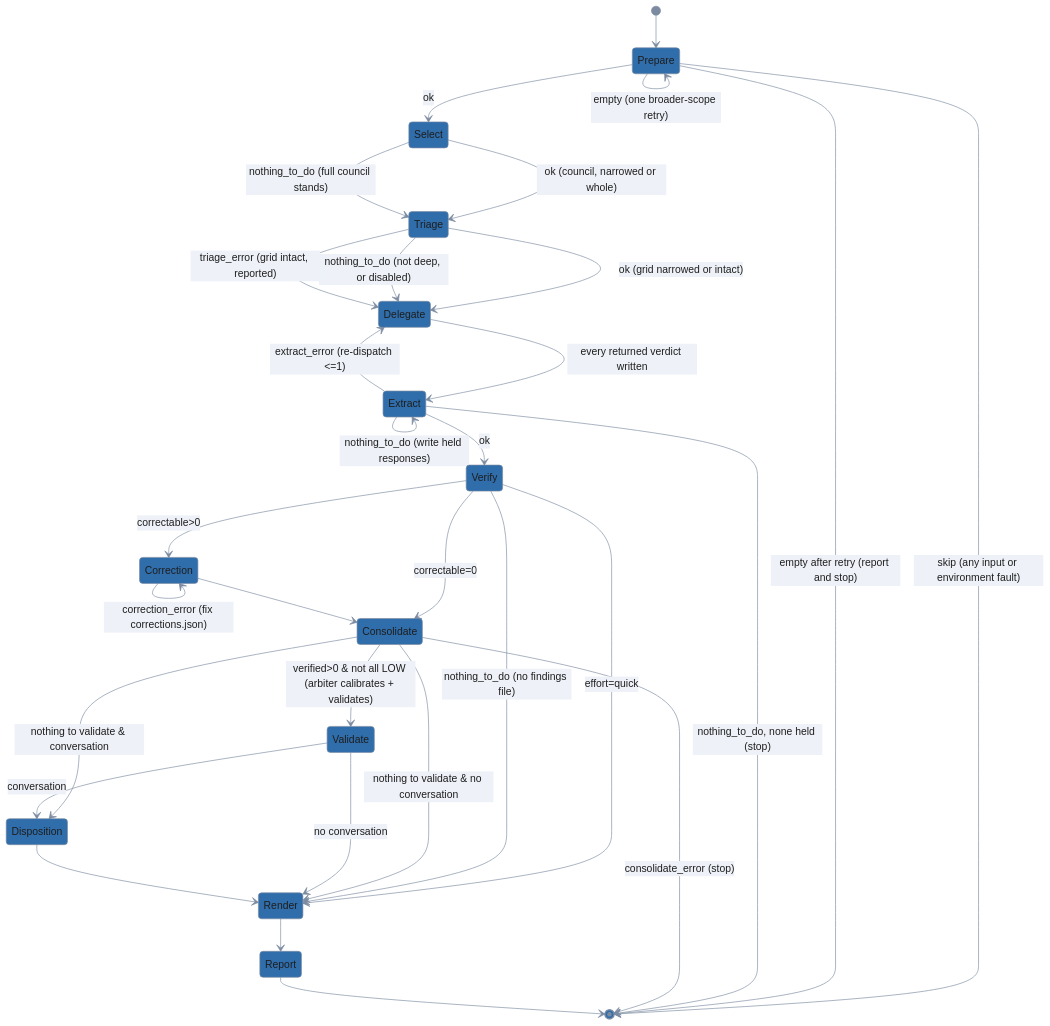
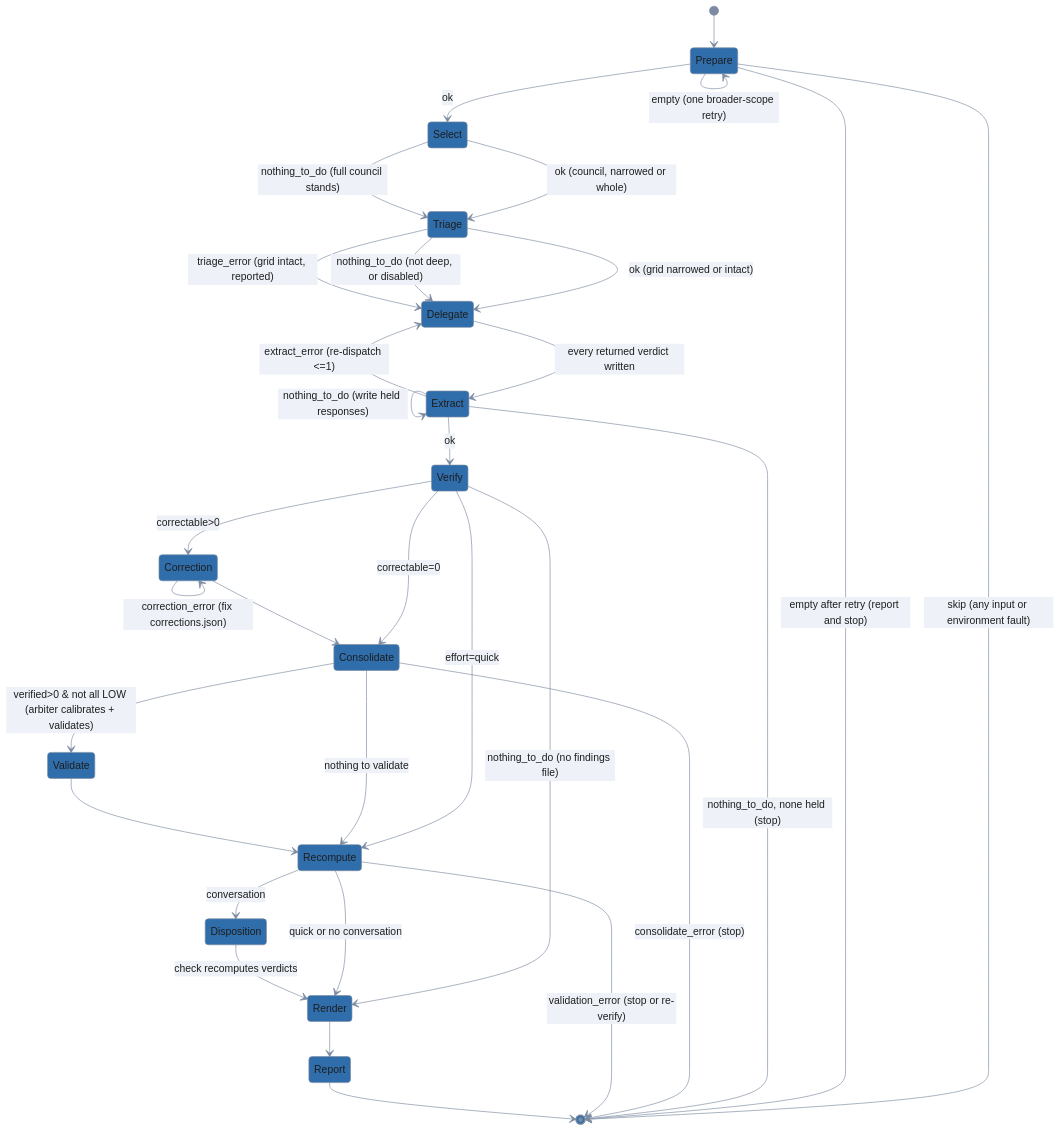
Before and after one commit to lolables/lola-mod-review-council: the diagram in module/skills/review-council/SKILL.md, drawn with Mermaid. The commit also changed other lines of this file and 20 other files, not shown here.

````diff
--- a/module/skills/review-council/SKILL.md
+++ b/module/skills/review-council/SKILL.md
@@ -191,49 +191,50 @@
 ```mermaid
 %%{init: {'theme': 'base', 'themeVariables': {
   'primaryColor': '#2f6dab',
   'primaryTextColor': '#1e1e1e',
   'primaryBorderColor': '#7c8ba1',
   'lineColor': '#7c8ba1',
   'edgeLabelBackground': '#eef2f8',
   'tertiaryColor': 'transparent',
   'tertiaryTextColor': '#7c8ba1',
   'tertiaryBorderColor': '#7c8ba1',
   'clusterBkg': 'transparent',
   'clusterBorder': '#7c8ba1',
   'titleColor': '#7c8ba1',
   'noteBkgColor': '#eef2f8',
   'noteTextColor': '#1e1e1e',
   'fontFamily': 'system-ui, sans-serif'
 }, 'themeCSS': '.node .nodeLabel{color:#ffffff!important;fill:#ffffff!important;}'}}%%
 stateDiagram-v2
     [*] --> Prepare
     Prepare --> Select: ok
     Prepare --> [*]: skip (any input or environment fault)
     Prepare --> Prepare: empty (one broader-scope retry)
     Prepare --> [*]: empty after retry (report and stop)
     Select --> Triage: ok (council, narrowed or whole)
     Select --> Triage: nothing_to_do (full council stands)
     Triage --> Delegate: ok (grid narrowed or intact)
     Triage --> Delegate: nothing_to_do (not deep, or disabled)
     Triage --> Delegate: triage_error (grid intact, reported)
     Delegate --> Extract: every returned verdict written
     Extract --> Delegate: extract_error (re-dispatch <=1)
     Extract --> Extract: nothing_to_do (write held responses)
     Extract --> [*]: nothing_to_do, none held (stop)
     Extract --> Verify: ok
-    Verify --> Render: effort=quick
+    Verify --> Recompute: effort=quick
     Verify --> Render: nothing_to_do (no findings file)
     Verify --> Correction: correctable>0
     Verify --> Consolidate: correctable=0
     Correction --> Correction: correction_error (fix corrections.json)
     Correction --> Consolidate
     Consolidate --> [*]: consolidate_error (stop)
     Consolidate --> Validate: verified>0 & not all LOW (arbiter calibrates + validates)
-    Consolidate --> Render: nothing to validate & no conversation
-    Consolidate --> Disposition: nothing to validate & conversation
-    Validate --> Render: no conversation
-    Validate --> Disposition: conversation
-    Disposition --> Render
+    Consolidate --> Recompute: nothing to validate
+    Validate --> Recompute
+    Recompute --> [*]: validation_error (stop or re-verify)
+    Recompute --> Render: quick or no conversation
+    Recompute --> Disposition: conversation
+    Disposition --> Render: check recomputes verdicts
     Render --> Report
     Report --> [*]
 ```
````
